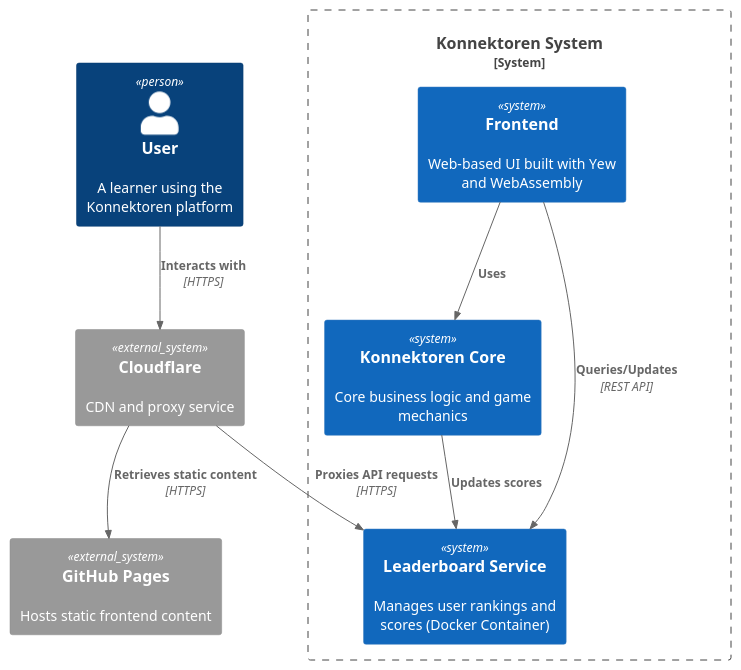
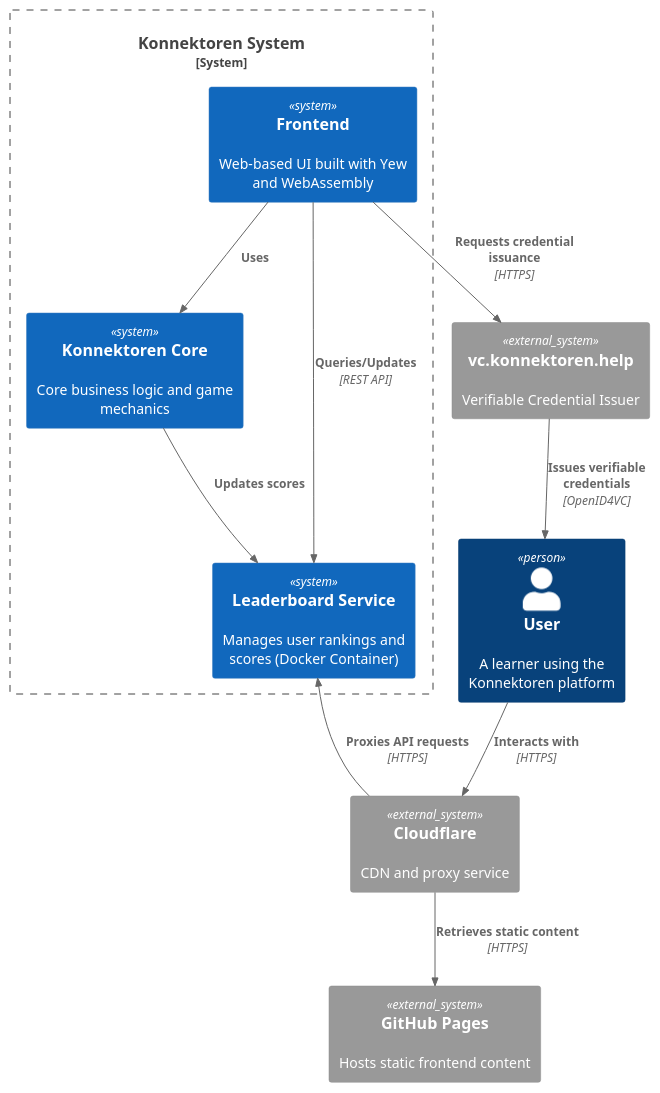
The diagram in docs/src/03_context_and_scope.adoc (konnektoren/konnektoren-rs), drawn with PlantUML before and after one commit. The commit also changed 3 other files, not shown here.

```diff
--- a/docs/src/03_context_and_scope.adoc
+++ b/docs/src/03_context_and_scope.adoc
@@ -31,25 +31,28 @@
 [plantuml, system-overview-c4, png]
 ----
 @startuml
 !include https://raw.githubusercontent.com/plantuml-stdlib/C4-PlantUML/master/C4_Context.puml
 
 Person(user, "User", "A learner using the Konnektoren platform")
 
 System_Boundary(konnektoren, "Konnektoren System") {
     System(frontend, "Frontend", "Web-based UI built with Yew and WebAssembly")
     System(core, "Konnektoren Core", "Core business logic and game mechanics")
     System(leaderboard, "Leaderboard Service", "Manages user rankings and scores (Docker Container)")
 }
 
 System_Ext(github_pages, "GitHub Pages", "Hosts static frontend content")
 System_Ext(cloudflare, "Cloudflare", "CDN and proxy service")
+System_Ext(vc_issuer, "vc.konnektoren.help", "Verifiable Credential Issuer")
 
 Rel(user, cloudflare, "Interacts with", "HTTPS")
 Rel(cloudflare, github_pages, "Retrieves static content", "HTTPS")
 Rel(cloudflare, leaderboard, "Proxies API requests", "HTTPS")
 Rel(frontend, core, "Uses")
 Rel(frontend, leaderboard, "Queries/Updates", "REST API")
 Rel(core, leaderboard, "Updates scores")
+Rel(frontend, vc_issuer, "Requests credential issuance", "HTTPS")
+Rel(vc_issuer, user, "Issues verifiable credentials", "OpenID4VC")
 
 @enduml
 ----
```
